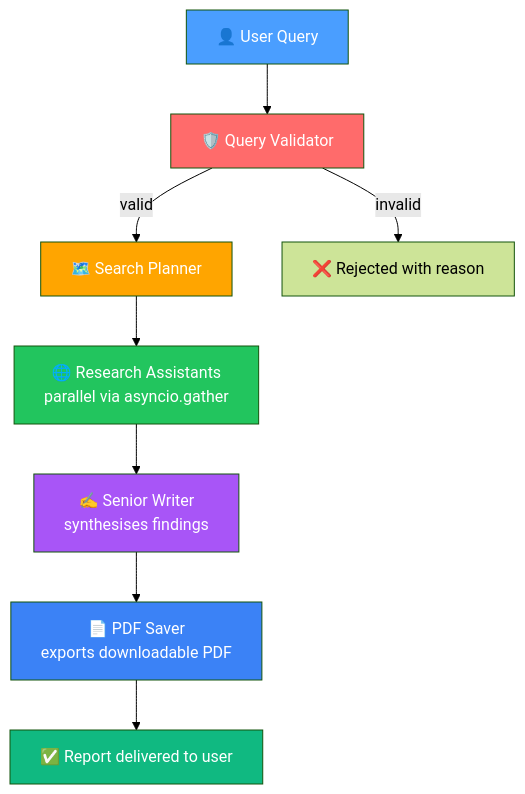
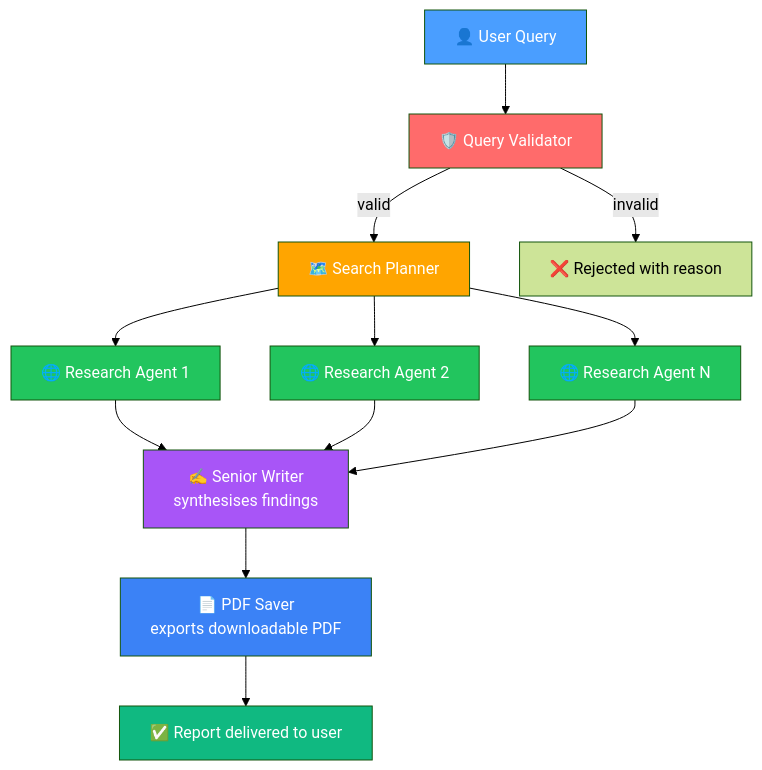
Before and after one commit to yasinemirkutlu44/LLM-Orchestrated-Agentic-AI-Researcher: the diagram in README.md, drawn with Mermaid (forest theme). The commit also changed other lines of this file, not shown here.

Commit message:
Refactor flowchart for parallel research agents

````diff
--- a/README.md
+++ b/README.md
@@ -41,18 +41,24 @@
 ```mermaid
 flowchart TD
     A[👤 User Query] --> B[🛡️ Query Validator]
     B -->|valid| C[🗺️ Search Planner]
     B -->|invalid| X[❌ Rejected with reason]
-    C --> D[🌐 Research Assistants<br/>parallel via asyncio.gather]
-    D --> E[✍️ Senior Writer<br/>synthesises findings]
+    C --> D1[🌐 Research Agent 1]
+    C --> D2[🌐 Research Agent 2]
+    C --> D3[🌐 Research Agent N]
+    D1 --> E[✍️ Senior Writer<br/>synthesises findings]
+    D2 --> E
+    D3 --> E
     E --> F[📄 PDF Saver<br/>exports downloadable PDF]
     F --> G[✅ Report delivered to user]
 
     style A fill:#4a9eff,color:#fff
     style B fill:#ff6b6b,color:#fff
     style C fill:#ffa500,color:#fff
-    style D fill:#22c55e,color:#fff
+    style D1 fill:#22c55e,color:#fff
+    style D2 fill:#22c55e,color:#fff
+    style D3 fill:#22c55e,color:#fff
     style E fill:#a855f7,color:#fff
     style F fill:#3b82f6,color:#fff
     style G fill:#10b981,color:#fff
 ```
````
